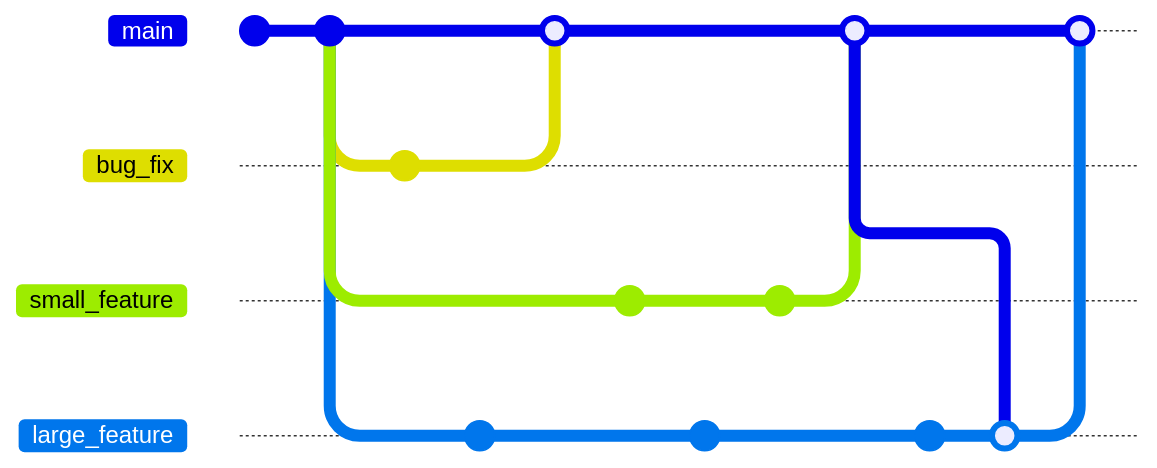
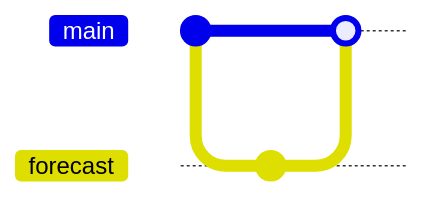
The first of 3 diagrams in episodes/09-branches.md (MetOffice/git-novice), drawn with Mermaid before and after one commit. The commit also changed other lines of this file and 22 other files, not shown here. Commit ids are hidden.

Commit message:
Move branches to the morning git section

````diff
--- a/episodes/09-branches.md
+++ b/episodes/09-branches.md
@@ -33,48 +34,14 @@
 ```mermaid
 ---
 config:
   gitGraph:
     showCommitLabel: false
 ---
     gitGraph
-        accDescr {A git graph showing four branches including the default
-        <code>main</code> branch.
-        Each circle is a commit.
-        A circle with an outline but no fill colour is a merge commit 
-        where one branch has been merged into another.
-        The two feature branches and the <code>bug_fix</code> branch 
-        all branch off of <code>main</code> at the same commit.
-        The <code>bug_fix</code> and <code>small_feature</code> branches
-        are merged back into <code>main</code> after
-        being developed on their branches.
-        The <code>large_feature</code> branch merges in the
-        changes to <code>main</code> to fix any conflicts
-        before the feature is ready to be merged
-        back into the <code>main</code> branch via a pull request.}
-        commit
-        commit
-        branch bug_fix
+        accDescr {A git graph showing the root-commit on the main branch and a new forecast branch with one commit branched off the root-commit. This branch is then merged back into main via a merge commit on GitHub.}
+        commit id: '6f12a47'
+        branch forecast
+        commit id: '8136c6f Add in a seasonal forecasts file'
         checkout main
-        branch small_feature
-        checkout main
-        branch large_feature
-        checkout bug_fix
-        commit
-        checkout large_feature
-        commit
-        checkout main
-        merge bug_fix
-        checkout small_feature
-        commit
-        checkout large_feature
-        commit
-        checkout small_feature
-        commit
-        checkout main
-        merge small_feature
-        checkout large_feature
-        commit
-        merge main
-        checkout main
-        merge large_feature
+        merge forecast
 ```
````
